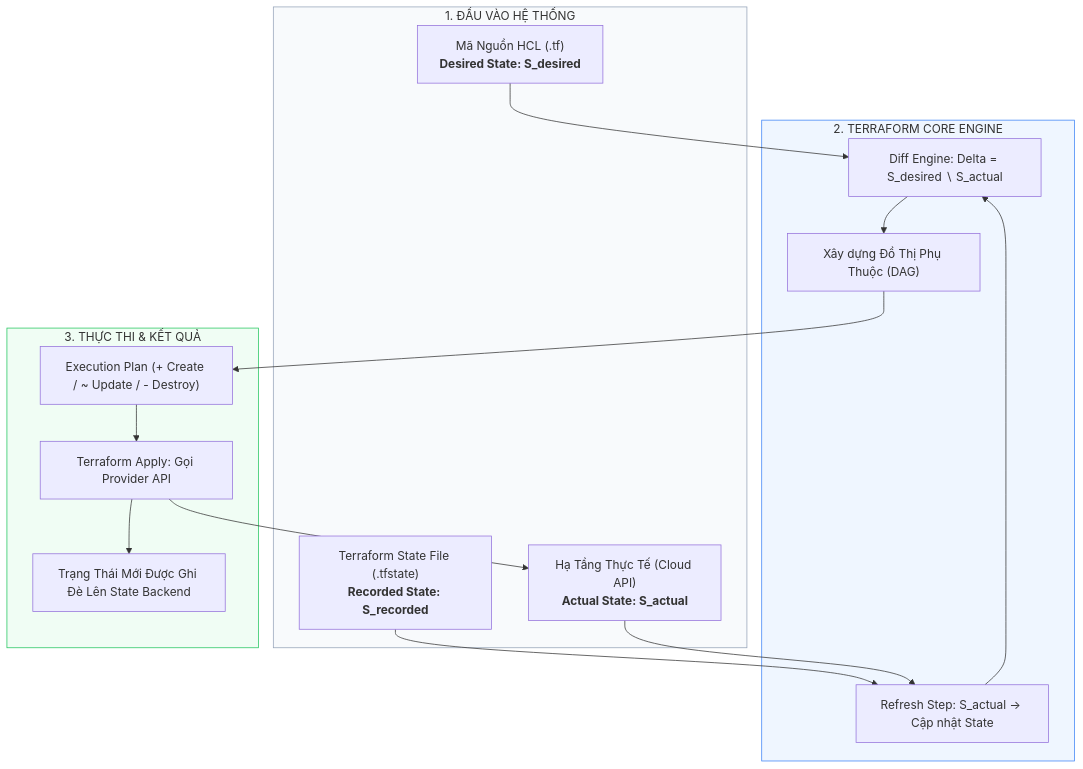
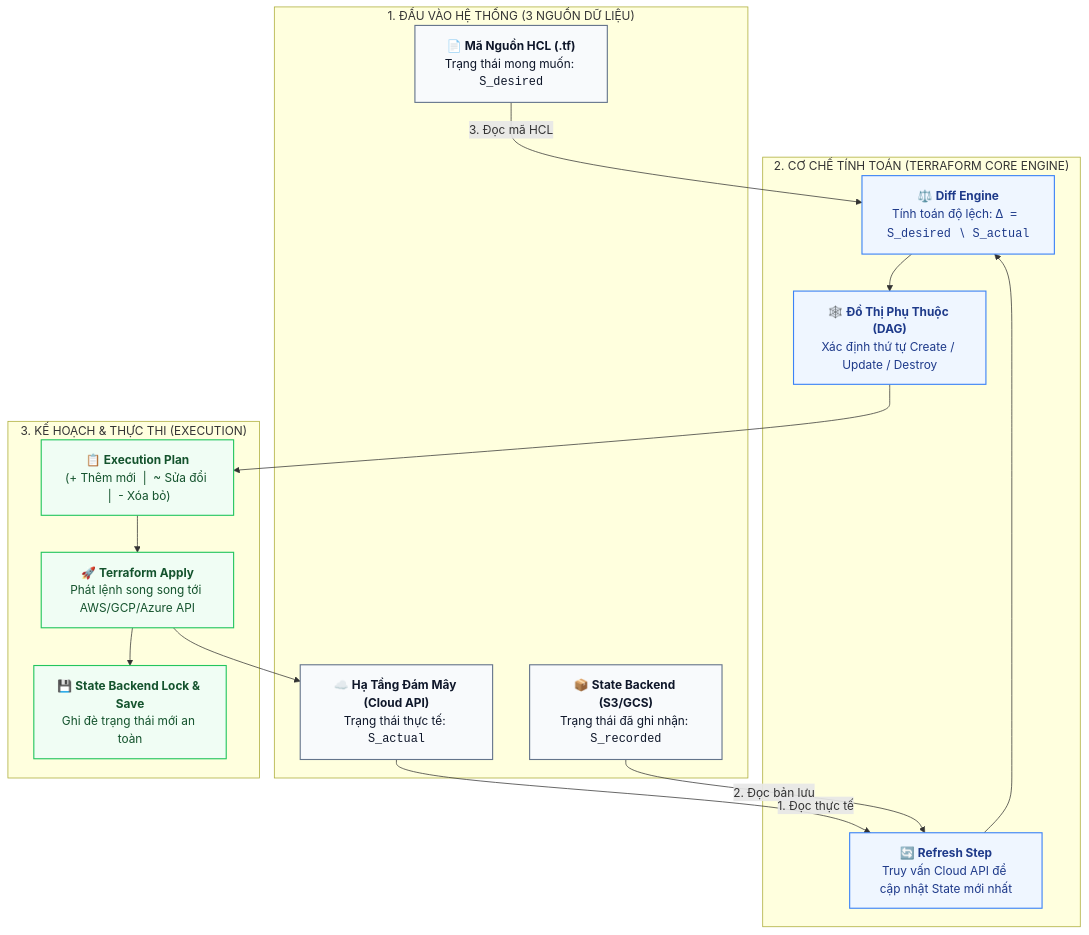
Before and after one commit to kiennt308/ntk: the second of 3 diagrams in _posts/2026-09-13-terraform-01-01-tu-duy-declarative-iac-so-sanh-thuc-chien-terraform-ansible-pulumi.md, drawn with Mermaid. The commit also changed other lines of this file and 2 other files, not shown here.

Commit message:
fix(post-01): enhance mermaid diagrams, fix alert boxes, responsive matrix table, and terminal log formatting

````diff
--- a/_posts/2026-09-13-terraform-01-01-tu-duy-declarative-iac-so-sanh-thuc-chien-terraform-ansible-pulumi.md
+++ b/_posts/2026-09-13-terraform-01-01-tu-duy-declarative-iac-so-sanh-thuc-chien-terraform-ansible-pulumi.md
@@ -75,34 +90,38 @@
 ```mermaid
-graph TD
-    subgraph INPUTS["1. ĐẦU VÀO HỆ THỐNG"]
-        HCL["Mã Nguồn HCL (.tf)<br/><b>Desired State: S_desired</b>"]
-        STATE["Terraform State File (.tfstate)<br/><b>Recorded State: S_recorded</b>"]
-        CLOUD["Hạ Tầng Thực Tế (Cloud API)<br/><b>Actual State: S_actual</b>"]
+flowchart TD
+    subgraph INPUTS["1. ĐẦU VÀO HỆ THỐNG (3 NGUỒN DỮ LIỆU)"]
+        HCL["📄 <b>Mã Nguồn HCL (.tf)</b><br/>Trạng thái mong muốn: <code>S_desired</code>"]
+        STATE["📦 <b>State Backend (S3/GCS)</b><br/>Trạng thái đã ghi nhận: <code>S_recorded</code>"]
+        CLOUD["☁️ <b>Hạ Tầng Đám Mây (Cloud API)</b><br/>Trạng thái thực tế: <code>S_actual</code>"]
     end
 
-    subgraph ENGINE["2. TERRAFORM CORE ENGINE"]
-        REFRESH["Refresh Step: S_actual -> Cập nhật State"]
-        DIFF["Diff Engine: Delta = S_desired ∖ S_actual"]
-        DAG["Xây dựng Đồ Thị Phụ Thuộc (DAG)"]
+    subgraph CORE["2. CƠ CHẾ TÍNH TOÁN (TERRAFORM CORE ENGINE)"]
+        REFRESH["🔄 <b>Refresh Step</b><br/>Truy vấn Cloud API để cập nhật State mới nhất"]
+        DIFF["⚖️ <b>Diff Engine</b><br/>Tính toán độ lệch: <code>Δ = S_desired ∖ S_actual</code>"]
+        DAG["🕸️ <b>Đồ Thị Phụ Thuộc (DAG)</b><br/>Xác định thứ tự Create / Update / Destroy"]
     end
 
-    subgraph OUTPUTS["3. THỰC THI & KẾT QUẢ"]
-        PLAN["Execution Plan (+ Create / ~ Update / - Destroy)"]
-        APPLY["Terraform Apply: Gọi Provider API"]
-        NEW_STATE["Trạng Thái Mới Được Ghi Đè Lên State Backend"]
+    subgraph ACTIONS["3. KẾ HOẠCH & THỰC THI (EXECUTION)"]
+        PLAN["📋 <b>Execution Plan</b><br/>(+ Thêm mới &nbsp;|&nbsp; ~ Sửa đổi &nbsp;|&nbsp; - Xóa bỏ)"]
+        APPLY["🚀 <b>Terraform Apply</b><br/>Phát lệnh song song tới AWS/GCP/Azure API"]
+        NEW_STATE["💾 <b>State Backend Lock & Save</b><br/>Ghi đè trạng thái mới an toàn"]
     end
 
-    HCL --> DIFF
-    STATE --> REFRESH
-    CLOUD --> REFRESH
+    CLOUD -->|1. Đọc thực tế| REFRESH
+    STATE -->|2. Đọc bản lưu| REFRESH
     REFRESH --> DIFF
+    HCL -->|3. Đọc mã HCL| DIFF
     DIFF --> DAG
     DAG --> PLAN
     PLAN --> APPLY
     APPLY --> CLOUD
     APPLY --> NEW_STATE
 
-    style INPUTS fill:#f8fafc,stroke:#94a3b8,stroke-width:1px
-    style ENGINE fill:#eff6ff,stroke:#3b82f6,stroke-width:1px
-    style OUTPUTS fill:#f0fdf4,stroke:#22c55e,stroke-width:1px
+    classDef inputStyle fill:#f8fafc,stroke:#64748b,stroke-width:1.5px,color:#0f172a
+    classDef coreStyle fill:#eff6ff,stroke:#3b82f6,stroke-width:1.5px,color:#1e3a8a
+    classDef actionStyle fill:#f0fdf4,stroke:#22c55e,stroke-width:1.5px,color:#14532d
+
+    class HCL,STATE,CLOUD inputStyle
+    class REFRESH,DIFF,DAG coreStyle
+    class PLAN,APPLY,NEW_STATE actionStyle
 ```
````
